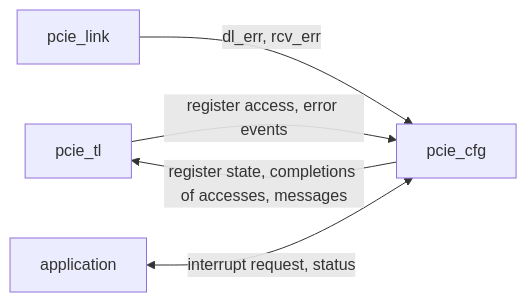
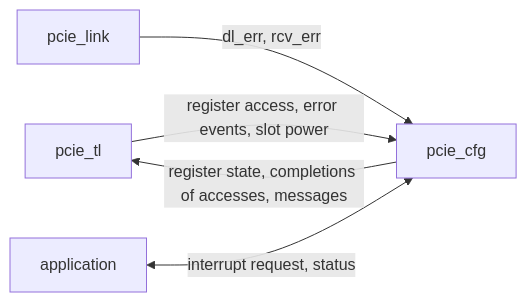
The diagram in wiki/src/arch/cfg/HAS.md (amichai-bd/pcie-factory), drawn with Mermaid before and after one commit. The commit also changed other lines of this file and 32 other files, not shown here.

First line of the commit message:
cfg, tl: capture Set_Slot_Power_Limit into Device Capabilities

````diff
--- a/wiki/src/arch/cfg/HAS.md
+++ b/wiki/src/arch/cfg/HAS.md
@@ -23,7 +23,7 @@
 ```mermaid
 flowchart LR
-  tl["pcie_tl"] -- "register access, error events" --> cfg["pcie_cfg"]
+  tl["pcie_tl"] -- "register access, error events, slot power" --> cfg["pcie_cfg"]
   cfg -- "register state, completions of accesses, messages" --> tl
   link["pcie_link"] -- "dl_err, rcv_err" --> cfg
   app["application"] <-- "interrupt request, status" --> cfg
 ```
````
